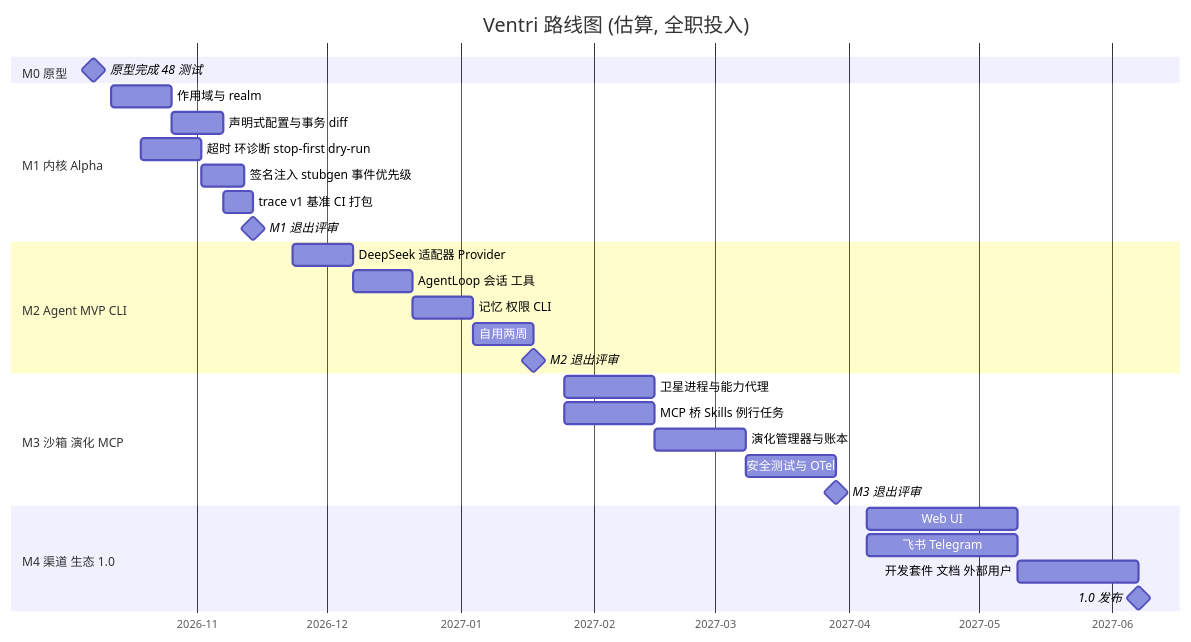
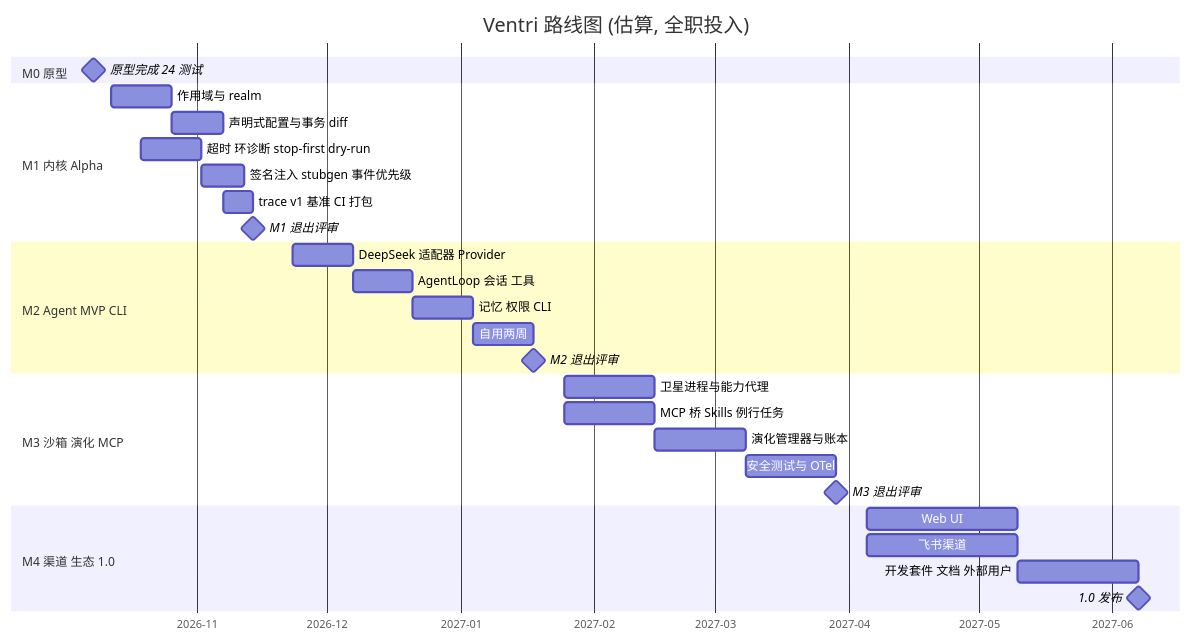
One commit to lzw12w/ventri changed the tenth of 10 diagrams in docs/DESIGN.md. Above: the diagram before and after it, drawn with Mermaid. The commit also changed other lines of this file and 7 other files, not shown here.

````diff
--- a/docs/DESIGN.md
+++ b/docs/DESIGN.md
@@ -829,32 +830,32 @@
 ```mermaid
 gantt
   title Ventri 路线图 (估算, 全职投入)
   dateFormat YYYY-MM-DD
   axisFormat %Y-%m
   section M0 原型
-  原型完成 48 测试             :milestone, m0, 2026-10-08, 0d
+  原型完成 24 测试             :milestone, m0, 2026-10-08, 0d
   section M1 内核 Alpha
   作用域与 realm               :m1a, 2026-10-12, 14d
   声明式配置与事务 diff        :m1b, after m1a, 12d
   超时 环诊断 stop-first dry-run :m1c, 2026-10-19, 14d
   签名注入 stubgen 事件优先级  :m1d, after m1c, 10d
   trace v1 基准 CI 打包        :m1e, after m1b, 7d
   M1 退出评审                  :milestone, after m1e, 0d
   section M2 Agent MVP CLI
   DeepSeek 适配器 Provider     :m2a, 2026-11-23, 14d
   AgentLoop 会话 工具          :m2b, after m2a, 14d
   记忆 权限 CLI                :m2c, after m2b, 14d
   自用两周                     :m2d, after m2c, 14d
   M2 退出评审                  :milestone, after m2d, 0d
   section M3 沙箱 演化 MCP
   卫星进程与能力代理           :m3a, 2027-01-25, 21d
   MCP 桥 Skills 例行任务       :m3b, 2027-01-25, 21d
   演化管理器与账本             :m3c, after m3a, 21d
   安全测试与 OTel              :m3d, after m3c, 21d
   M3 退出评审                  :milestone, after m3d, 0d
   section M4 渠道 生态 1.0
   Web UI                       :m4a, 2027-04-05, 35d
-  飞书 Telegram                :m4b, 2027-04-05, 35d
+  飞书渠道                     :m4b, 2027-04-05, 35d
   开发套件 文档 外部用户       :m4c, after m4a, 28d
   1.0 发布                     :milestone, after m4c, 0d
 ```
````
